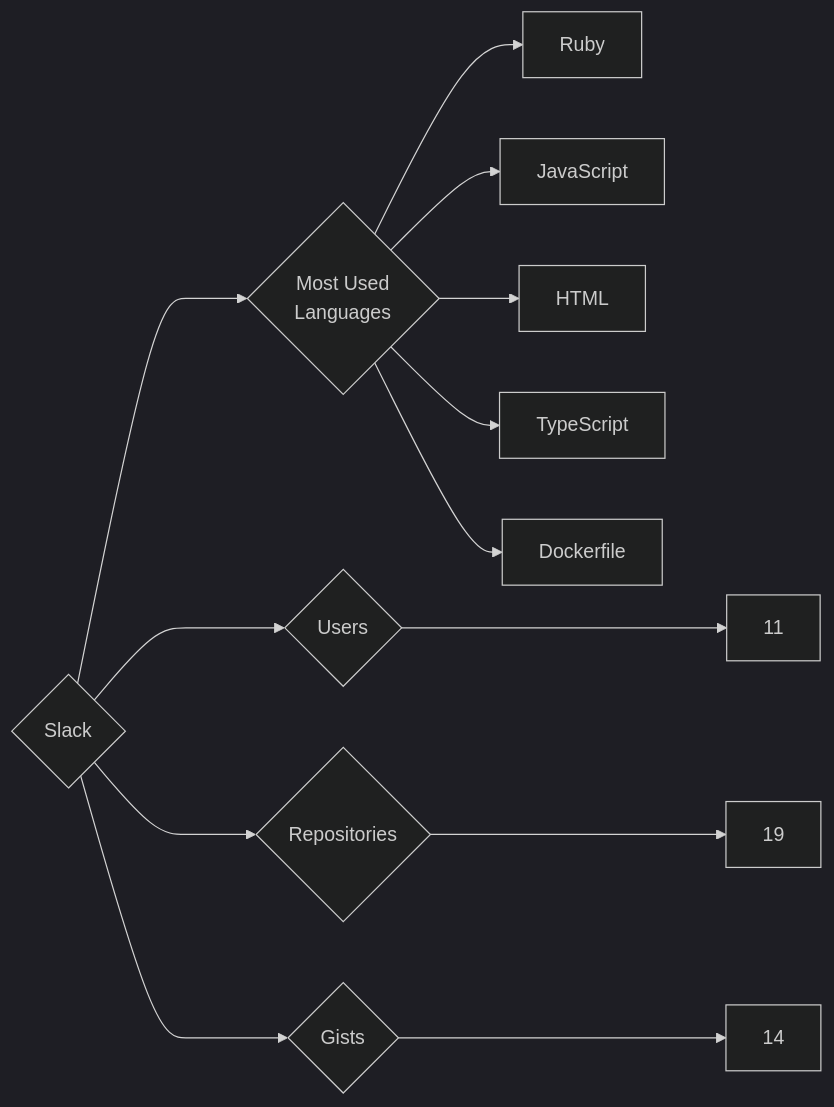
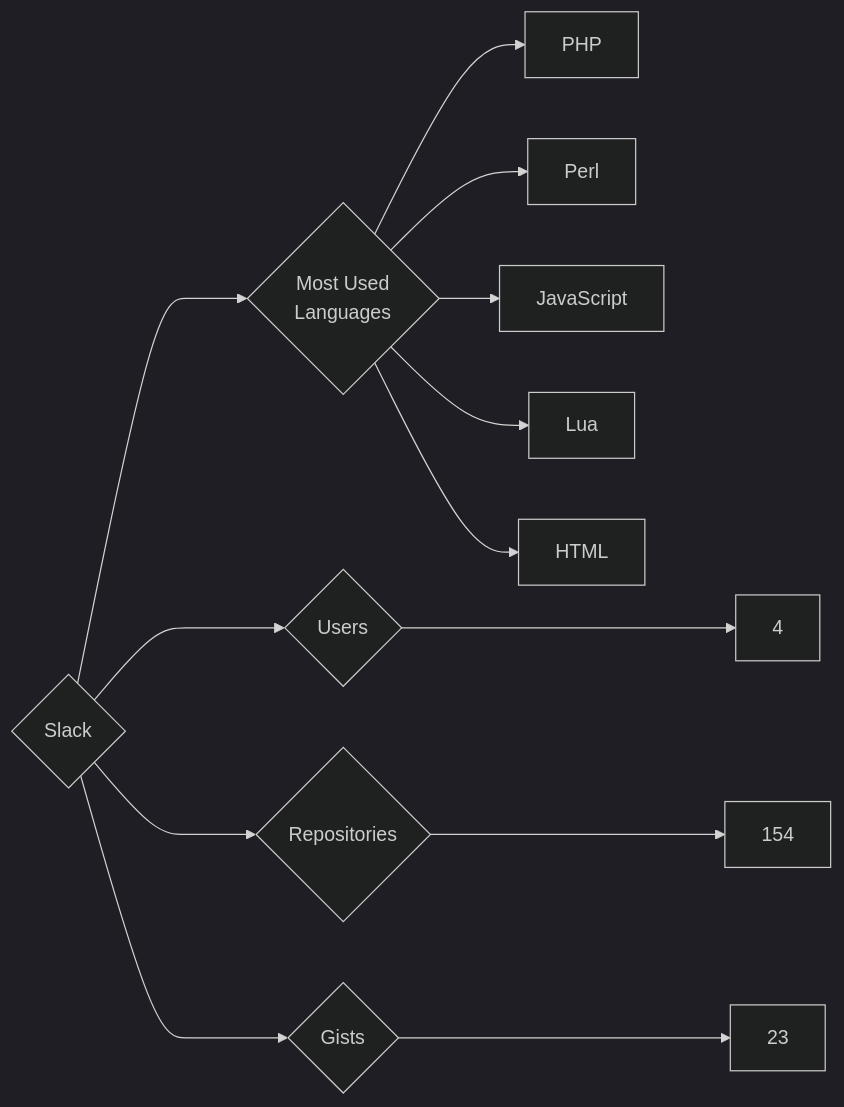
The diagram in targets/Slack/README.md (trickest/insiders), drawn with Mermaid (dark theme) before and after one commit. The commit also changed 976 other files, not shown here.

````diff
--- a/targets/Slack/README.md
+++ b/targets/Slack/README.md
@@ -3,13 +3,13 @@
 ```mermaid
 graph LR
 COMPANY_NAME{Slack}
-COMPANY_NAME ---> U{Users} ---> UN[11]
-COMPANY_NAME ---> R{Repositories} ---> RN[19]
-COMPANY_NAME ---> G{Gists} ---> GN[14]
+COMPANY_NAME ---> U{Users} ---> UN[4]
+COMPANY_NAME ---> R{Repositories} ---> RN[154]
+COMPANY_NAME ---> G{Gists} ---> GN[23]
 COMPANY_NAME ---> ML{Most Used<br>Languages}
-ML --> Ruby[Ruby]
+ML --> PHP[PHP]
+ML --> Perl[Perl]
 ML --> JavaScript[JavaScript]
+ML --> Lua[Lua]
 ML --> HTML[HTML]
-ML --> TypeScript[TypeScript]
-ML --> Dockerfile[Dockerfile]
 ```
````
